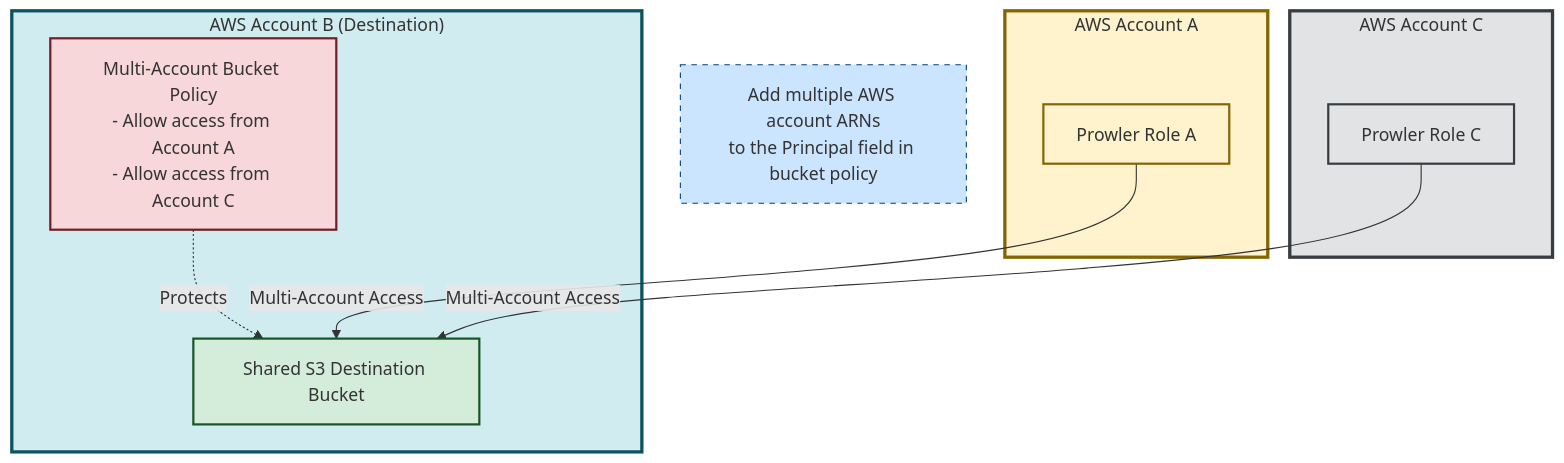
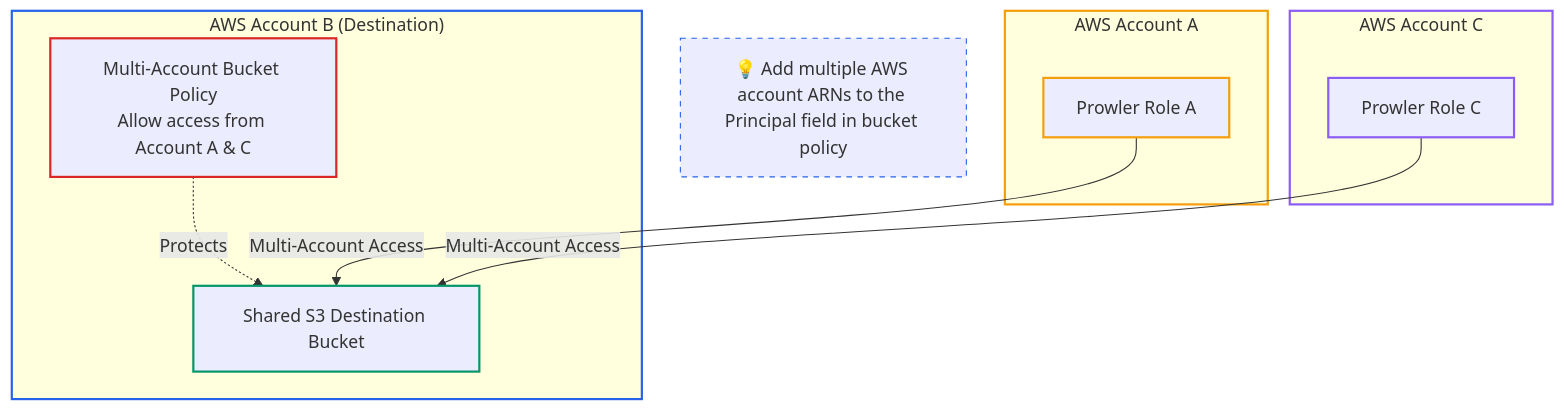
The third of 3 diagrams in docs/tutorials/prowler-app-s3-integration.md (prowler-cloud/prowler), drawn with Mermaid before and after one commit. The commit also changed other lines of this file, not shown here.

````diff
--- a/docs/tutorials/prowler-app-s3-integration.md
+++ b/docs/tutorials/prowler-app-s3-integration.md
@@ -180,30 +172,30 @@
 ```mermaid
 graph TB
     subgraph AccountA["AWS Account A"]
-        RoleA["Prowler Role A<br/>"]
+        RoleA["Prowler Role A"]
     end
 
     subgraph AccountC["AWS Account C"]
-        RoleC["Prowler Role C<br/>"]
+        RoleC["Prowler Role C"]
     end
 
     subgraph AccountB["AWS Account B (Destination)"]
         BucketB["Shared S3 Destination Bucket"]
-        PolicyB["Multi-Account Bucket Policy<br/>- Allow access from Account A<br/>- Allow access from Account C"]
+        PolicyB["Multi-Account Bucket Policy<br/>Allow access from Account A & C"]
 
         PolicyB -.->|"Protects"| BucketB
     end
     RoleA -->|"Multi-Account Access"| BucketB
     RoleC -->|"Multi-Account Access"| BucketB
 
-    Info["Add multiple AWS account ARNs<br/>to the Principal field in bucket policy"]
+    Info["💡 Add multiple AWS account ARNs to the Principal field in bucket policy"]
 
-    style AccountA fill:#fff3cd,stroke:#856404,stroke-width:3px
-    style AccountC fill:#e2e3e5,stroke:#383d41,stroke-width:3px
-    style AccountB fill:#d1ecf1,stroke:#0c5460,stroke-width:3px
-    style RoleA fill:#fff3cd,stroke:#856404,stroke-width:2px
-    style RoleC fill:#e2e3e5,stroke:#383d41,stroke-width:2px
-    style BucketB fill:#d4edda,stroke:#155724,stroke-width:2px
-    style PolicyB fill:#f8d7da,stroke:#721c24,stroke-width:2px
-    style Info fill:#cce5ff,stroke:#004085,stroke-width:1px,stroke-dasharray: 5 5
+    style AccountA stroke:#f59e0b,stroke-width:2px
+    style AccountC stroke:#8b5cf6,stroke-width:2px
+    style AccountB stroke:#2563eb,stroke-width:2px
+    style RoleA stroke:#f59e0b,stroke-width:2px
+    style RoleC stroke:#8b5cf6,stroke-width:2px
+    style BucketB stroke:#059669,stroke-width:2px
+    style PolicyB stroke:#dc2626,stroke-width:2px
+    style Info stroke:#2563eb,stroke-width:1px,stroke-dasharray: 5 5
 ```
````
